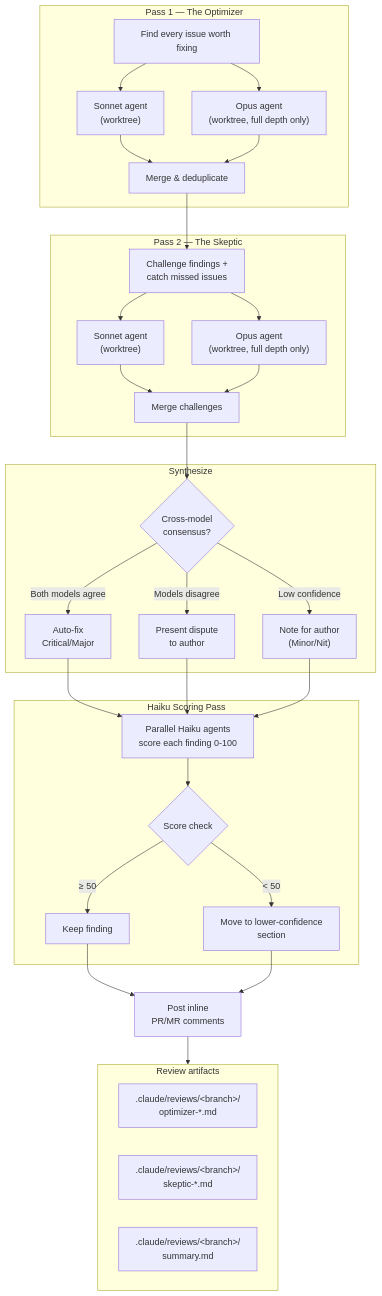
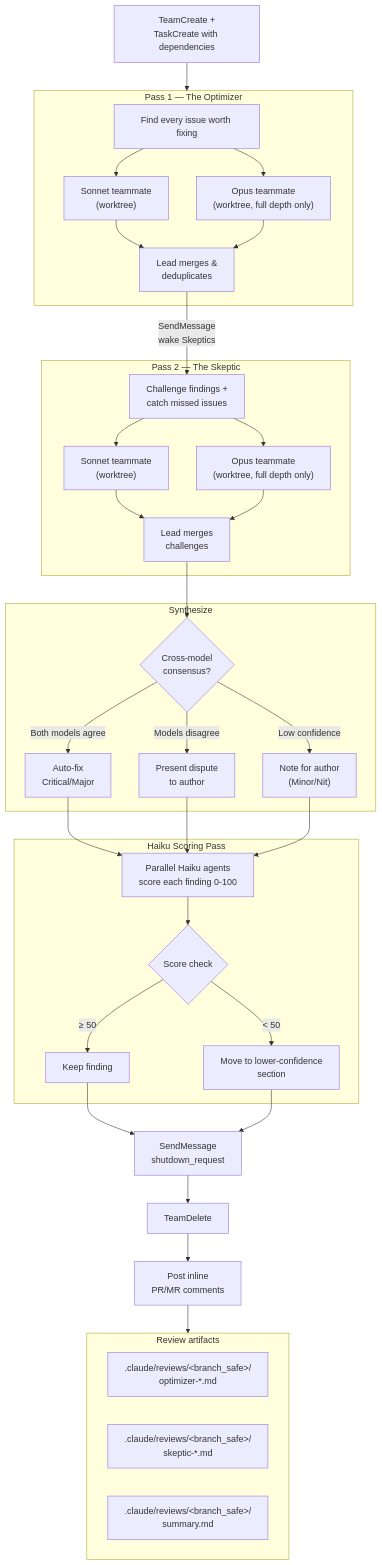
Before and after one commit to ng/adversarial-review: the second of 2 diagrams in README.md, drawn with Mermaid. The commit also changed other lines of this file and 3 other files, not shown here.

````diff
--- a/README.md
+++ b/README.md
@@ -61,56 +61,60 @@
 ```mermaid
 flowchart TD
+    Team["TeamCreate +<br/>TaskCreate with dependencies"] --> Pass1
+
     subgraph Pass1["Pass 1 — The Optimizer"]
         Optimizer["Find every issue worth fixing"]
-        OptSonnet["Sonnet agent<br/>(worktree)"]
-        OptOpus["Opus agent<br/>(worktree, full depth only)"]
-        MergeOpt["Merge & deduplicate"]
+        OptSonnet["Sonnet teammate<br/>(worktree)"]
+        OptOpus["Opus teammate<br/>(worktree, full depth only)"]
+        MergeOpt["Lead merges &<br/>deduplicates"]
         Optimizer --> OptSonnet & OptOpus
         OptSonnet & OptOpus --> MergeOpt
     end
 
-    MergeOpt --> Skeptic
+    MergeOpt -->|"SendMessage<br/>wake Skeptics"| Skeptic
 
     subgraph Pass2["Pass 2 — The Skeptic"]
         Skeptic["Challenge findings +<br/>catch missed issues"]
-        SkpSonnet["Sonnet agent<br/>(worktree)"]
-        SkpOpus["Opus agent<br/>(worktree, full depth only)"]
-        MergeSkp["Merge challenges"]
+        SkpSonnet["Sonnet teammate<br/>(worktree)"]
+        SkpOpus["Opus teammate<br/>(worktree, full depth only)"]
+        MergeSkp["Lead merges<br/>challenges"]
         Skeptic --> SkpSonnet & SkpOpus
         SkpSonnet & SkpOpus --> MergeSkp
     end
 
     MergeSkp --> Confidence
 
     subgraph Synthesis["Synthesize"]
         Confidence{"Cross-model<br/>consensus?"}
         AutoFix["Auto-fix<br/>Critical/Major"]
         Dispute["Present dispute<br/>to author"]
         Note["Note for author<br/>(Minor/Nit)"]
         Confidence -->|"Both models agree"| AutoFix
         Confidence -->|"Models disagree"| Dispute
         Confidence -->|"Low confidence"| Note
     end
 
     AutoFix & Dispute & Note --> Haiku
 
     subgraph HaikuPass["Haiku Scoring Pass"]
         Haiku["Parallel Haiku agents<br/>score each finding 0-100"]
         Filter{"Score check"}
         Keep["Keep finding"]
         Downgrade["Move to lower-confidence<br/>section"]
         Haiku --> Filter
         Filter -->|"≥ 50"| Keep
         Filter -->|"< 50"| Downgrade
     end
 
-    Keep & Downgrade --> PR["Post inline<br/>PR/MR comments"]
+    Keep & Downgrade --> ShutdownReq["SendMessage<br/>shutdown_request"]
+    ShutdownReq --> Shutdown["TeamDelete"]
+    Shutdown --> PR["Post inline<br/>PR/MR comments"]
     PR --> Artifacts
 
     subgraph Artifacts["Review artifacts"]
         direction LR
-        A1[".claude/reviews/&lt;branch&gt;/<br/>optimizer-*.md"]
-        A2[".claude/reviews/&lt;branch&gt;/<br/>skeptic-*.md"]
-        A3[".claude/reviews/&lt;branch&gt;/<br/>summary.md"]
+        A1[".claude/reviews/&lt;branch_safe&gt;/<br/>optimizer-*.md"]
+        A2[".claude/reviews/&lt;branch_safe&gt;/<br/>skeptic-*.md"]
+        A3[".claude/reviews/&lt;branch_safe&gt;/<br/>summary.md"]
     end
 ```
````
